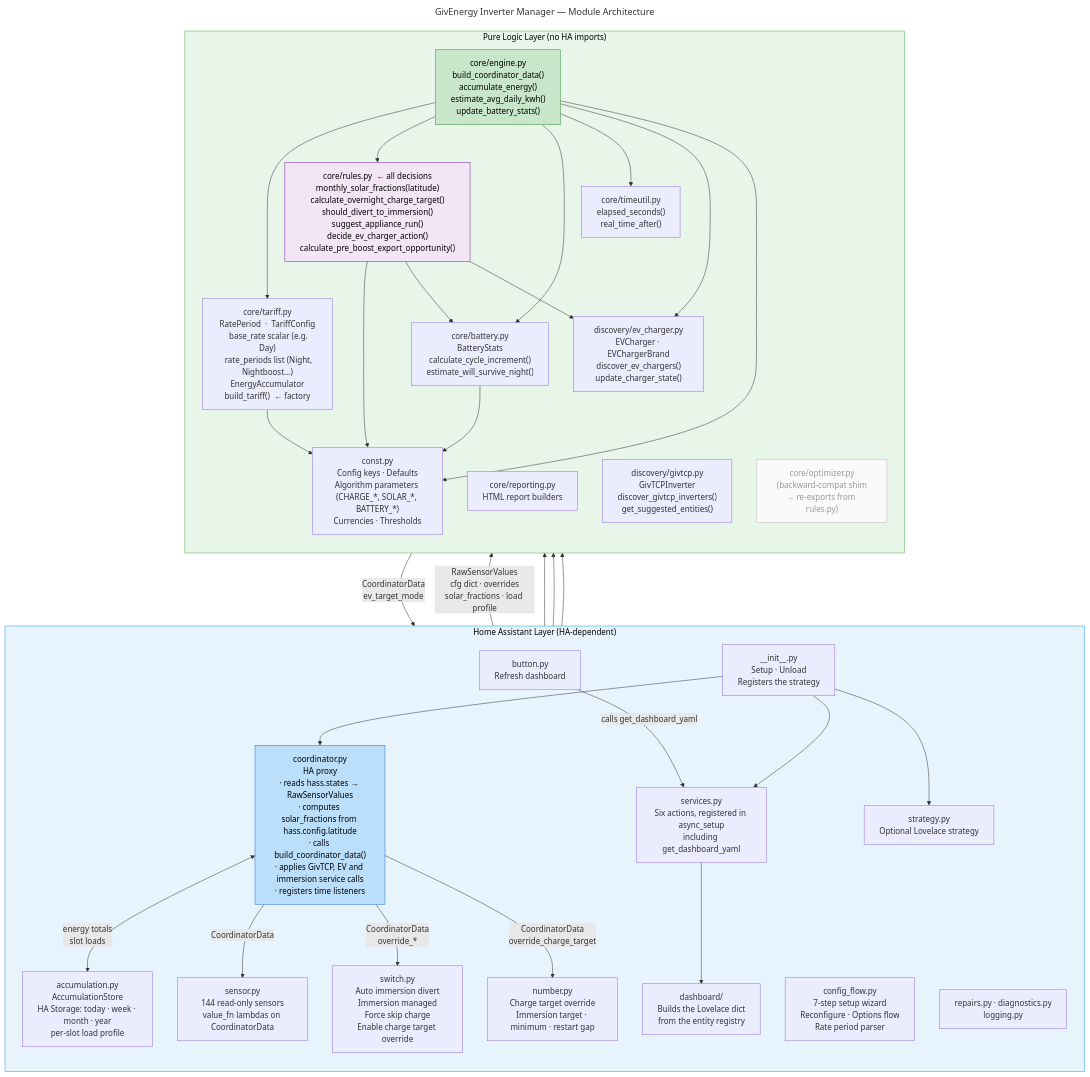
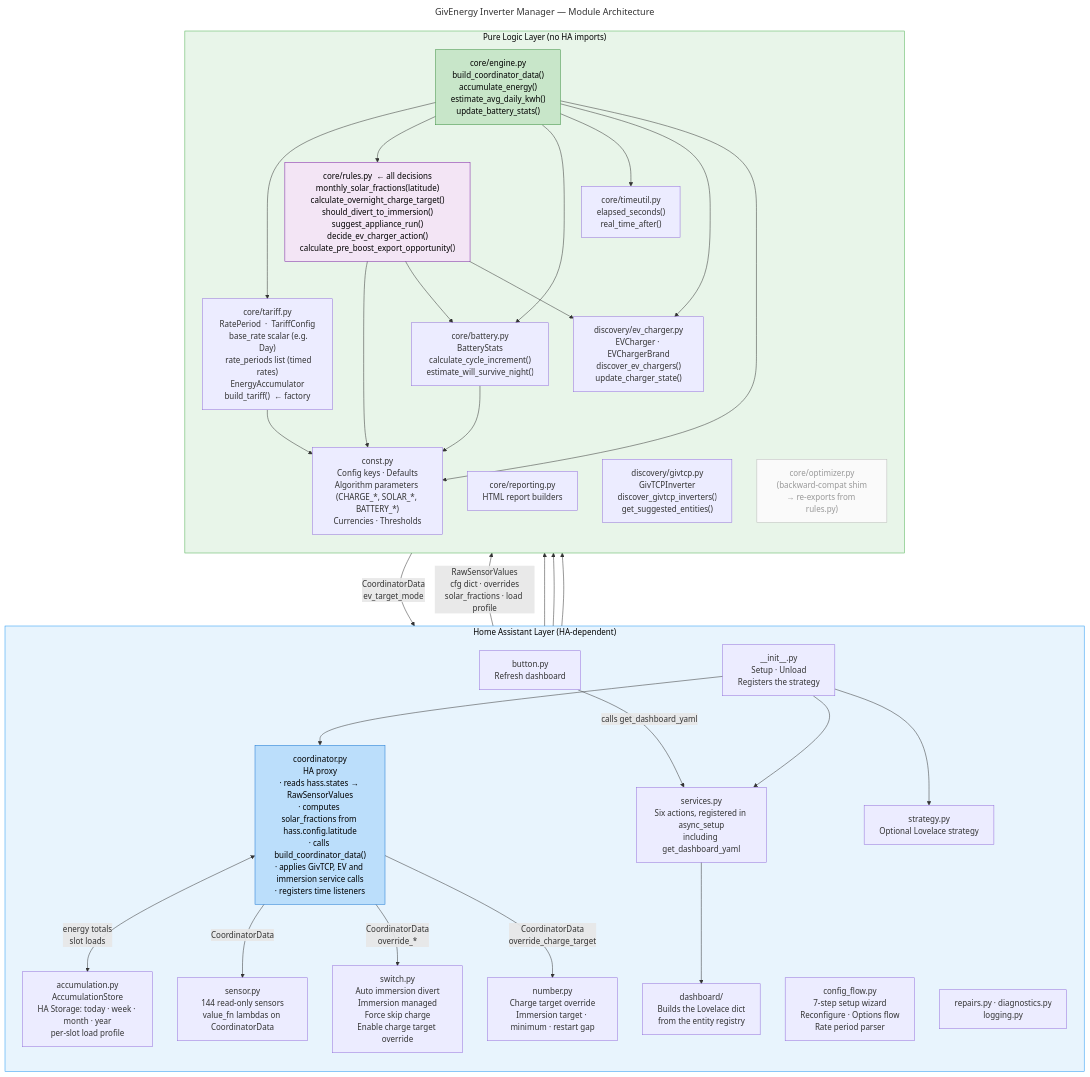
The diagram in docs/architecture.mermaid (macuistin/givenergy_inverter_manager), drawn with Mermaid before and after one commit. The commit also changed 13 other files, not shown here.

```diff
--- a/docs/architecture.mermaid
+++ b/docs/architecture.mermaid
@@ -1,75 +1,75 @@
 ---
 title: GivEnergy Inverter Manager — Module Architecture
 ---
 graph TD
     subgraph HA["Home Assistant Layer  (HA-dependent)"]
         direction TB
         INIT["__init__.py\nSetup · Unload\nRegisters the strategy"]
         COORD["coordinator.py\nHA proxy\n· reads hass.states → RawSensorValues\n· computes solar_fractions from hass.config.latitude\n· calls build_coordinator_data()\n· applies GivTCP, EV and immersion service calls\n· registers time listeners"]
         ACC["accumulation.py\nAccumulationStore\nHA Storage: today · week · month · year\nper-slot load profile"]
         SENSOR["sensor.py\n144 read-only sensors\nvalue_fn lambdas on CoordinatorData"]
         SWITCH["switch.py\nAuto immersion divert\nImmersion managed\nForce skip charge\nEnable charge target override"]
         NUMBER["number.py\nCharge target override\nImmersion target · minimum · restart gap"]
         BUTTON["button.py\nRefresh dashboard"]
         DASH["services.py\nSix actions, registered in async_setup\nincluding get_dashboard_yaml"]
         BUILD["dashboard/\nBuilds the Lovelace dict\nfrom the entity registry"]
         STRAT["strategy.py\nOptional Lovelace strategy"]
         CF["config_flow.py\n7-step setup wizard\nReconfigure · Options flow\nRate period parser"]
         MISC["repairs.py · diagnostics.py\nlogging.py"]
     end
 
     subgraph ENGINE["Pure Logic Layer  (no HA imports)"]
         direction TB
         ENG["core/engine.py\nbuild_coordinator_data()\naccumulate_energy()\nestimate_avg_daily_kwh()\nupdate_battery_stats()"]
         RULES["core/rules.py  ← all decisions\nmonthly_solar_fractions(latitude)\ncalculate_overnight_charge_target()\nshould_divert_to_immersion()\nsuggest_appliance_run()\ndecide_ev_charger_action()\ncalculate_pre_boost_export_opportunity()"]
-        TARIFF["core/tariff.py\nRatePeriod  ·  TariffConfig\n  base_rate scalar (e.g. Day)\n  rate_periods list (Night, Nightboost…)\nEnergyAccumulator\nbuild_tariff()  ← factory"]
+        TARIFF["core/tariff.py\nRatePeriod  ·  TariffConfig\n  base_rate scalar (e.g. Day)\n  rate_periods list (timed rates)\nEnergyAccumulator\nbuild_tariff()  ← factory"]
         BAT["core/battery.py\nBatteryStats\ncalculate_cycle_increment()\nestimate_will_survive_night()"]
         REP["core/reporting.py\nHTML report builders"]
         TIME["core/timeutil.py\nelapsed_seconds()\nreal_time_after()"]
         DISC_EV["discovery/ev_charger.py\nEVCharger · EVChargerBrand\ndiscover_ev_chargers()\nupdate_charger_state()"]
         DISC_GTC["discovery/givtcp.py\nGivTCPInverter\ndiscover_givtcp_inverters()\nget_suggested_entities()"]
         CONST["const.py\nConfig keys · Defaults\nAlgorithm parameters (CHARGE_*, SOLAR_*, BATTERY_*)\nCurrencies · Thresholds"]
         OPT["core/optimizer.py\n(backward-compat shim\n→ re-exports from rules.py)"]
     end
 
     %% Coordinator ↔ Engine
     COORD -->|"RawSensorValues\ncfg dict · overrides\nsolar_fractions · load profile"| ENG
     ENG -->|"CoordinatorData\nev_target_mode"| COORD
     COORD <-->|"energy totals\nslot loads"| ACC
 
     %% Engine internal deps
     ENG --> TARIFF
     ENG --> RULES
     ENG --> BAT
     ENG --> TIME
     ENG --> DISC_EV
     ENG --> CONST
     RULES --> CONST
     RULES --> BAT
     RULES --> DISC_EV
     TARIFF --> CONST
     BAT --> CONST
 
     %% HA entities read coordinator data
     COORD -->|"CoordinatorData"| SENSOR
     COORD -->|"CoordinatorData\noverride_*"| SWITCH
     COORD -->|"CoordinatorData\noverride_charge_target"| NUMBER
     BUTTON -->|"calls get_dashboard_yaml"| DASH
     SENSOR --> REP
     DASH --> BUILD
 
     %% Config flow uses discovery at setup time only
     CF --> DISC_GTC
     CF --> DISC_EV
 
     %% Init wires it all together
     INIT --> COORD
     INIT --> DASH
     INIT --> STRAT
 
     style HA fill:#e8f4fd,stroke:#2196F3,color:#000
     style ENGINE fill:#e8f5e9,stroke:#4CAF50,color:#000
     style ENG fill:#c8e6c9,stroke:#388E3C,color:#000
     style COORD fill:#bbdefb,stroke:#1976D2,color:#000
     style RULES fill:#f3e5f5,stroke:#7B1FA2,color:#000
     style OPT fill:#fafafa,stroke:#bbb,color:#999
```
